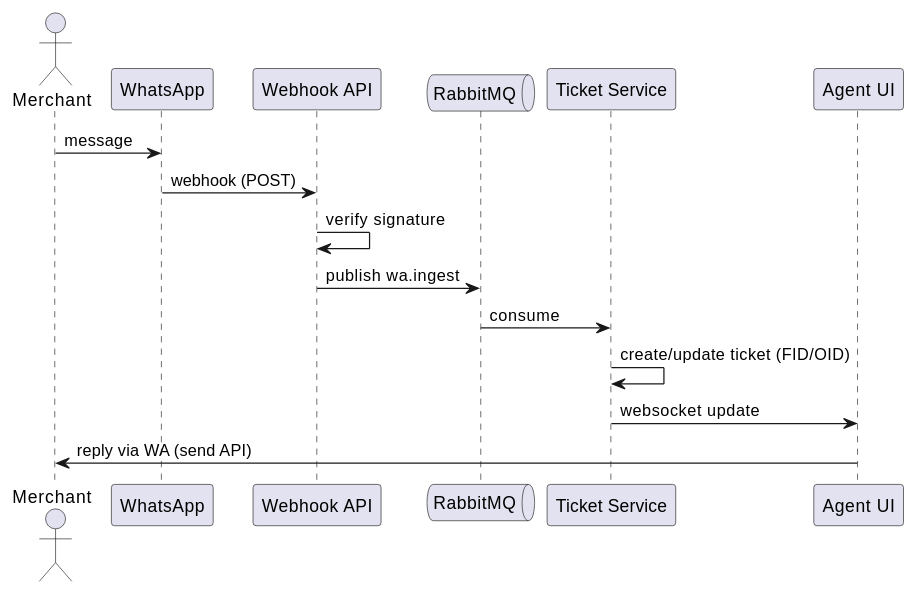
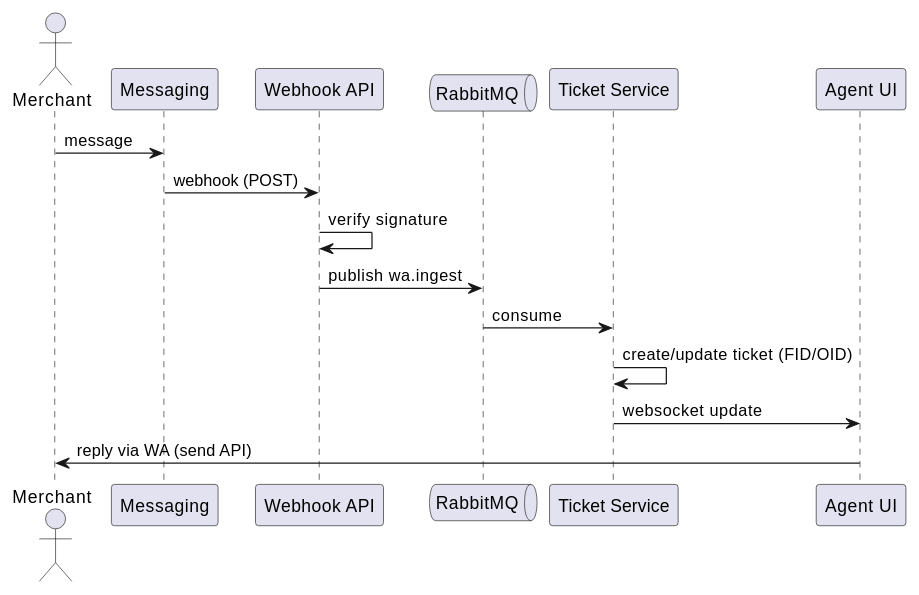
One commit to thundermac-hub/sims-io changed the fourth of 4 diagrams in docs/TDD.md. Above: the diagram before and after it, drawn with PlantUML. The commit also changed other lines of this file and 127 other files, not shown here.

Commit message:
feat(platform): add merchant success workflows, ClickUp integration, and CSAT/supportform flows

````diff
--- a/docs/TDD.md
+++ b/docs/TDD.md
@@ -1187,19 +1174,19 @@
 ```plantuml
 @startuml
 actor Merchant
-participant WhatsApp as WA
+participant Messaging as WA
 participant Webhook as "Webhook API"
 queue MQ as "RabbitMQ"
 participant Ticket as "Ticket Service"
 participant AgentUI as "Agent UI"
 
 Merchant -> WA : message
 WA -> Webhook : webhook (POST)
 Webhook -> Webhook : verify signature
 Webhook -> MQ : publish wa.ingest
 MQ -> Ticket : consume
 Ticket -> Ticket : create/update ticket (FID/OID)
 Ticket -> AgentUI : websocket update
 AgentUI -> Merchant : reply via WA (send API)
 @enduml
 ```
````
